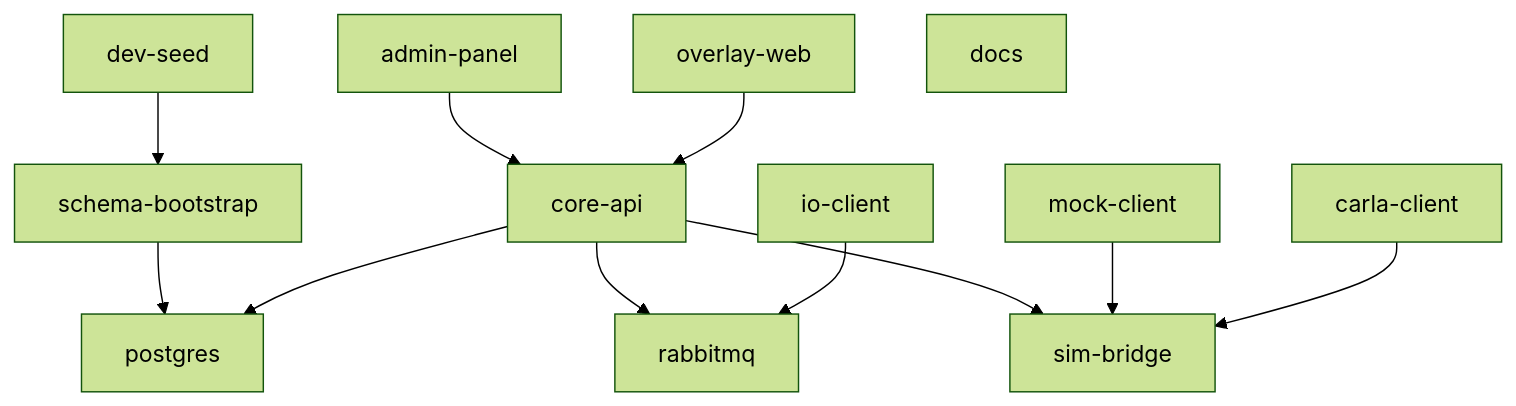
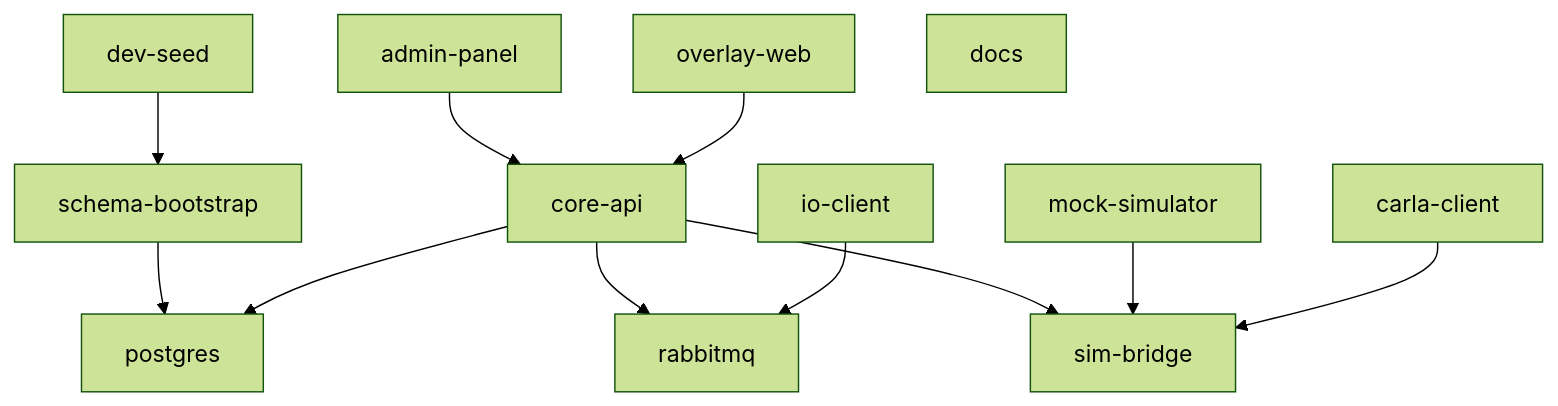
Before and after one commit to tugcanonbas/SCARline: the diagram in product-requirements/DOCKER.md, drawn with Mermaid (forest theme). The commit also changed other lines of this file and 84 other files, not shown here.

````diff
--- a/product-requirements/DOCKER.md
+++ b/product-requirements/DOCKER.md
@@ -63,14 +63,14 @@
 ```mermaid
 flowchart TD
     SB["schema-bootstrap"] --> DB["postgres"]
     DS["dev-seed"] --> SB
     API["core-api"] --> DB
     API --> RMQ["rabbitmq"]
     API --> SBRIDGE["sim-bridge"]
     UI["admin-panel"] --> API
     OW["overlay-web"] --> API
-    MC["mock-client"] --> SBRIDGE
+    MC["mock-simulator"] --> SBRIDGE
     CC["carla-client"] --> SBRIDGE
     IO["io-client"] --> RMQ
     DOCS["docs"]
 ```
````
